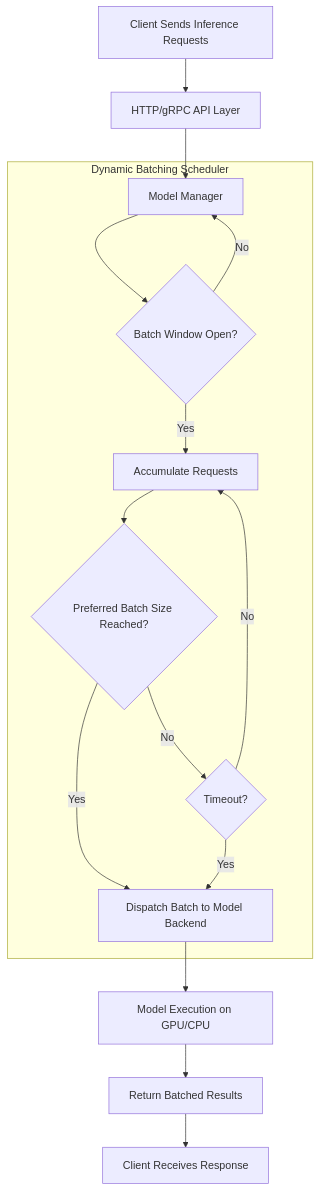
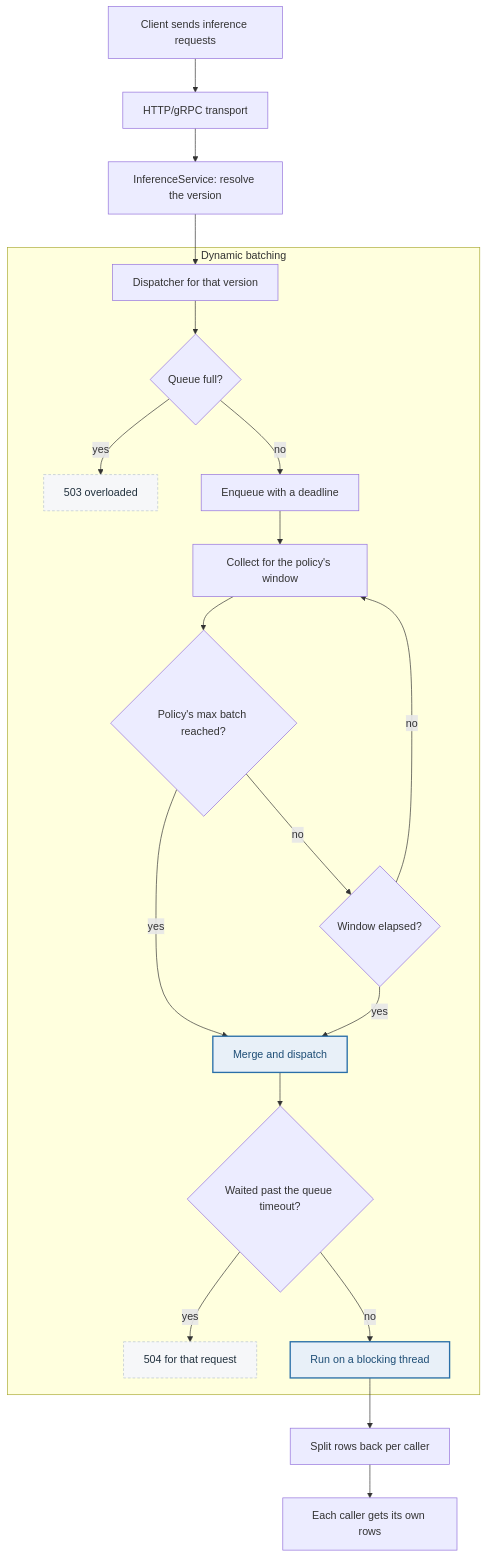
The first of 2 diagrams in doc/design/batching.md (GaleMind/galemind-server), drawn with Mermaid before and after one commit. The commit also changed other lines of this file and 7 other files, not shown here.

````diff
--- a/doc/design/batching.md
+++ b/doc/design/batching.md
@@ -3,20 +14,29 @@
 ```mermaid
 flowchart TD
-    A[Client Sends Inference Requests] --> B[HTTP/gRPC API Layer]
-    B --> C[Model Manager]
+    A[Client sends inference requests] --> B[HTTP/gRPC transport]
+    B --> C[InferenceService: resolve the version]
+    C --> D[Dispatcher for that version]
 
-    subgraph "Dynamic Batching Scheduler"
-        C --> D{Batch Window Open?}
-        D -- Yes --> E[Accumulate Requests]
-        E --> F{Preferred Batch Size Reached?}
-        F -- Yes --> G[Dispatch Batch to Model Backend]
-        F -- No --> H{Timeout?}
-        H -- Yes --> G
-        H -- No --> E
-        D -- No --> C
+    subgraph sched["Dynamic batching"]
+        D --> E{Queue full?}
+        E -- "yes" --> R[503 overloaded]
+        E -- "no" --> F[Enqueue with a deadline]
+        F --> G[Collect for the policy's window]
+        G --> H{"Policy's max batch reached?"}
+        H -- "yes" --> J[Merge and dispatch]
+        H -- "no" --> I{Window elapsed?}
+        I -- "yes" --> J
+        I -- "no" --> G
+        J --> K{Waited past the queue timeout?}
+        K -- "yes" --> T[504 for that request]
+        K -- "no" --> L[Run on a blocking thread]
     end
 
-    G --> I[Model Execution on GPU/CPU]
-    I --> J[Return Batched Results]
-    J --> K[Client Receives Response]
+    L --> M[Split rows back per caller]
+    M --> N[Each caller gets its own rows]
+
+    classDef hot fill:#e8f0f8,stroke:#2a6fa8,stroke-width:2px,color:#1d4d75;
+    classDef err fill:#f6f7f9,stroke:#b8c3cf,stroke-dasharray:4 3,color:#20303d;
+    class J,L hot;
+    class R,T err;
 ```
````
